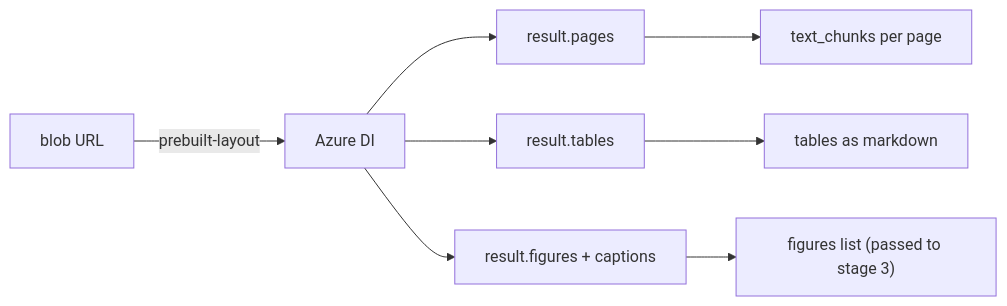
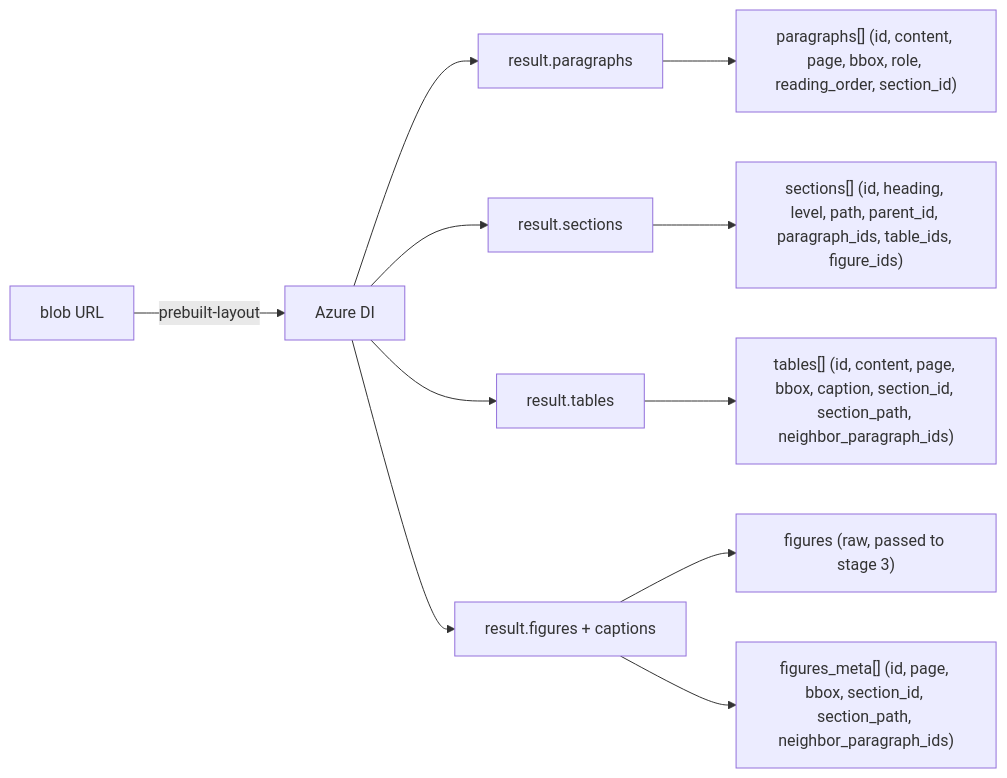
One commit to nishant5790/doc-mind-ai changed the fifth of 10 diagrams in docs/ingestion-pipeline.md. Above: the diagram before and after it, drawn with Mermaid. The commit also changed other lines of this file and 5 other files, not shown here.

````diff
--- a/docs/ingestion-pipeline.md
+++ b/docs/ingestion-pipeline.md
@@ -109,10 +109,13 @@
 ```mermaid
 flowchart LR
     A["blob URL"] -->|prebuilt-layout| DI["Azure DI"]
-    DI --> P["result.pages"]
+    DI --> P["result.paragraphs"]
+    DI --> S["result.sections"]
     DI --> T["result.tables"]
     DI --> F["result.figures + captions"]
-    P --> TC["text_chunks per page"]
-    T --> TT["tables as markdown"]
-    F --> FG["figures list (passed to stage 3)"]
+    P --> PG["paragraphs[] (id, content, page, bbox, role, reading_order, section_id)"]
+    S --> SG["sections[] (id, heading, level, path, parent_id, paragraph_ids, table_ids, figure_ids)"]
+    T --> TT["tables[] (id, content, page, bbox, caption, section_id, section_path, neighbor_paragraph_ids)"]
+    F --> FG["figures (raw, passed to stage 3)"]
+    F --> FM["figures_meta[] (id, page, bbox, section_id, section_path, neighbor_paragraph_ids)"]
 ```
````
